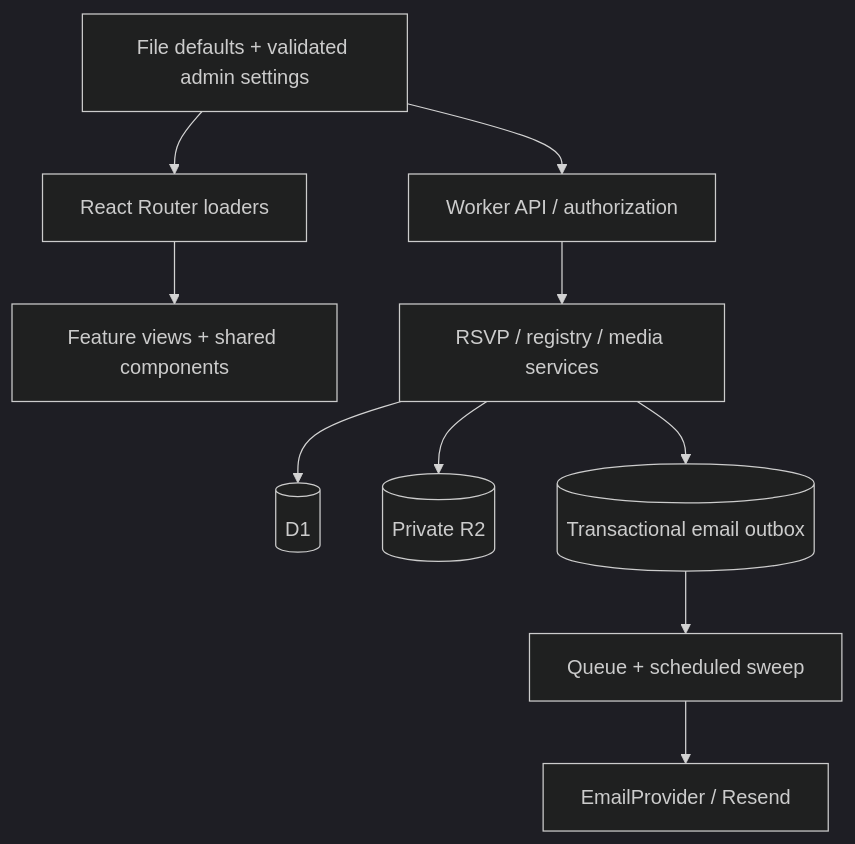
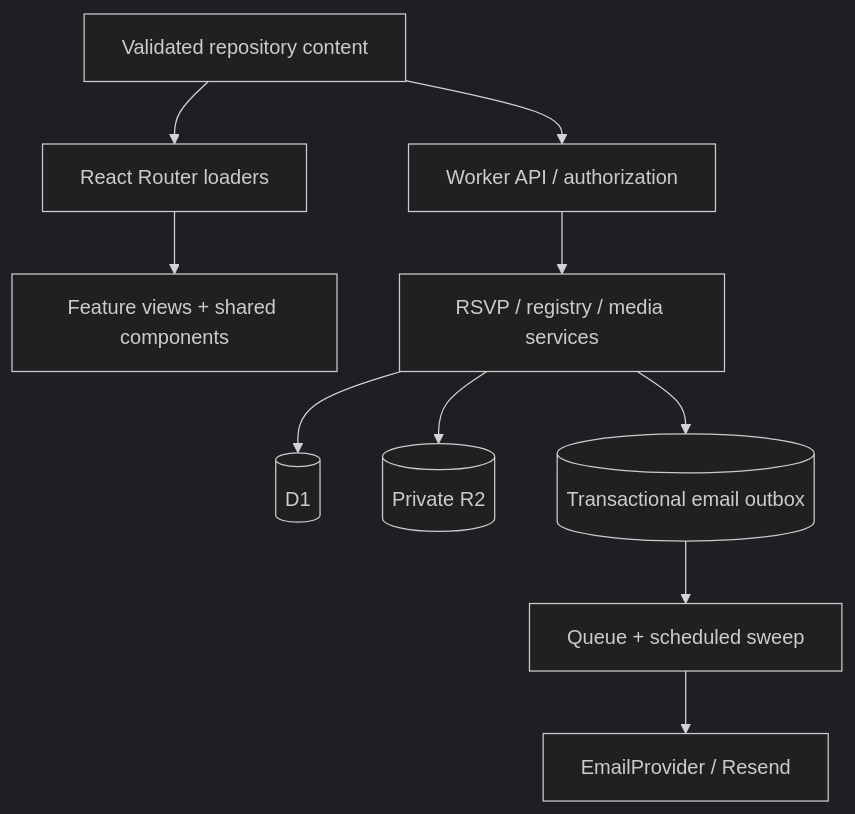
The diagram in docs/architecture.md (zilun-lin/open-wedding), drawn with Mermaid (dark theme) before and after one commit. The commit also changed other lines of this file and 35 other files, not shown here.

````diff
--- a/docs/architecture.md
+++ b/docs/architecture.md
@@ -23,12 +23,12 @@
 ```mermaid
 flowchart TD
-  Config[File defaults + validated admin settings] --> Routes[React Router loaders]
+  Config[Validated repository content] --> Routes[React Router loaders]
   Config --> API[Worker API / authorization]
   Routes --> Views[Feature views + shared components]
   API --> Domain[RSVP / registry / media services]
   Domain --> DB[(D1)]
   Domain --> Objects[(Private R2)]
   Domain --> Outbox[(Transactional email outbox)]
   Outbox --> Queue[Queue + scheduled sweep]
   Queue --> Adapter[EmailProvider / Resend]
 ```
````
